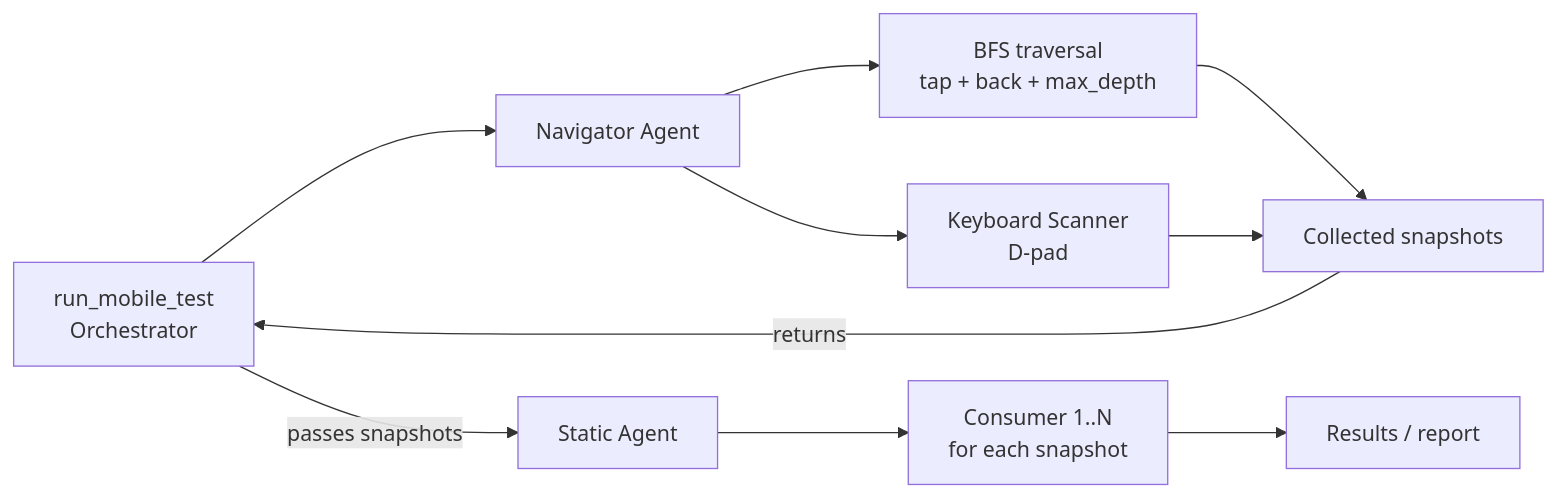
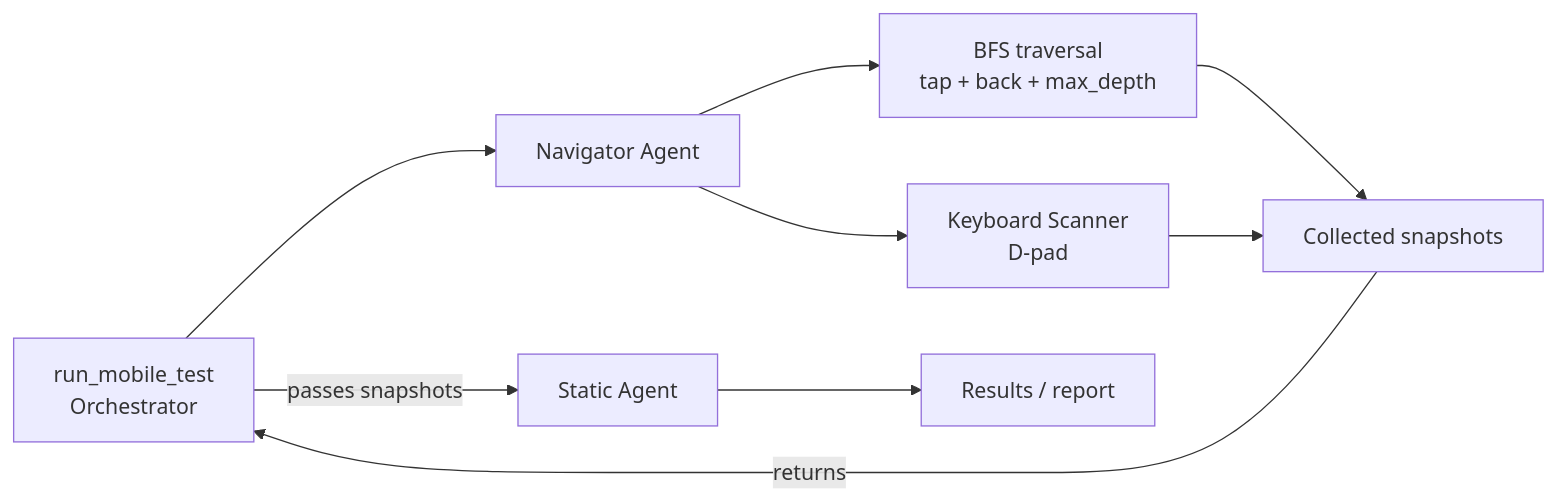
Before and after one commit to glighsrpl/ax_tester_mobile: the diagram in README_mobile.md, drawn with Mermaid. The commit also changed other lines of this file and 13 other files, not shown here.

````diff
--- a/README_mobile.md
+++ b/README_mobile.md
@@ -13,12 +13,11 @@
 ```mermaid
 flowchart LR
     O[run_mobile_test<br/>Orchestrator] --> N[Navigator Agent]
     N --> T[BFS traversal<br/>tap + back + max_depth]
     N --> K[Keyboard Scanner<br/>D-pad]
     T --> S[Collected snapshots]
     K --> S
     S -->|returns| O
     O -->|passes snapshots| A[Static Agent]
-    A --> C[Consumer 1..N<br/>for each snapshot]
-    C --> R[Results / report]
+    A --> R[Results / report]
 ```
````
